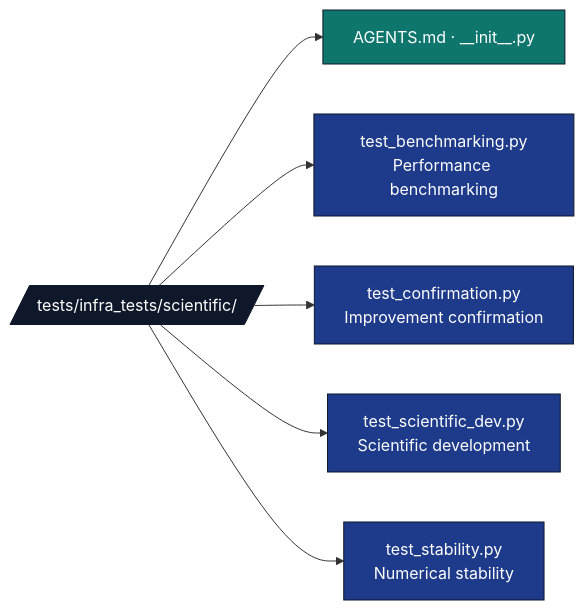
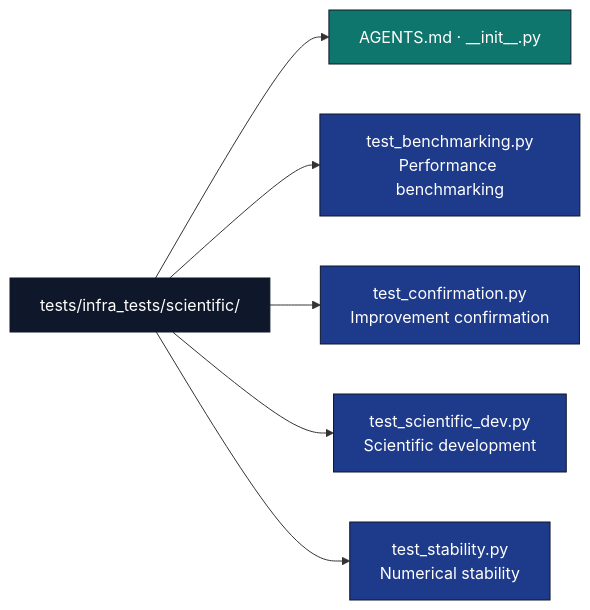
The diagram in tests/infra_tests/scientific/AGENTS.md (docxology/template), drawn with Mermaid before and after one commit. The commit also changed 94 other files, not shown here.

````diff
--- a/tests/infra_tests/scientific/AGENTS.md
+++ b/tests/infra_tests/scientific/AGENTS.md
@@ -11,16 +11,16 @@
 ```mermaid
 flowchart LR
-    T[/tests/infra_tests/scientific//]
+    T[tests/infra_tests/scientific/]
     T --> META[AGENTS.md · __init__.py]
     T --> BEN[test_benchmarking.py<br/>Performance benchmarking]
     T --> CONF[test_confirmation.py<br/>Improvement confirmation]
     T --> DEV[test_scientific_dev.py<br/>Scientific development]
     T --> STAB[test_stability.py<br/>Numerical stability]
 
     classDef d fill:#0f172a,stroke:#0f172a,color:#fff
     classDef test fill:#1e3a8a,stroke:#0f172a,color:#fff
     classDef doc fill:#0f766e,stroke:#0f172a,color:#fff
     class T d
     class BEN,CONF,DEV,STAB test
     class META doc
 ```
````
